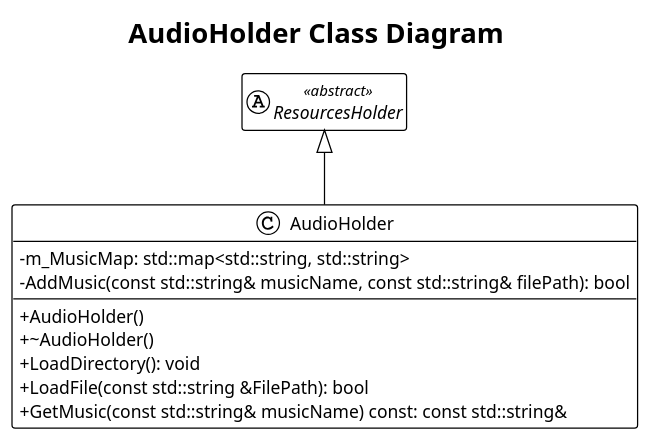
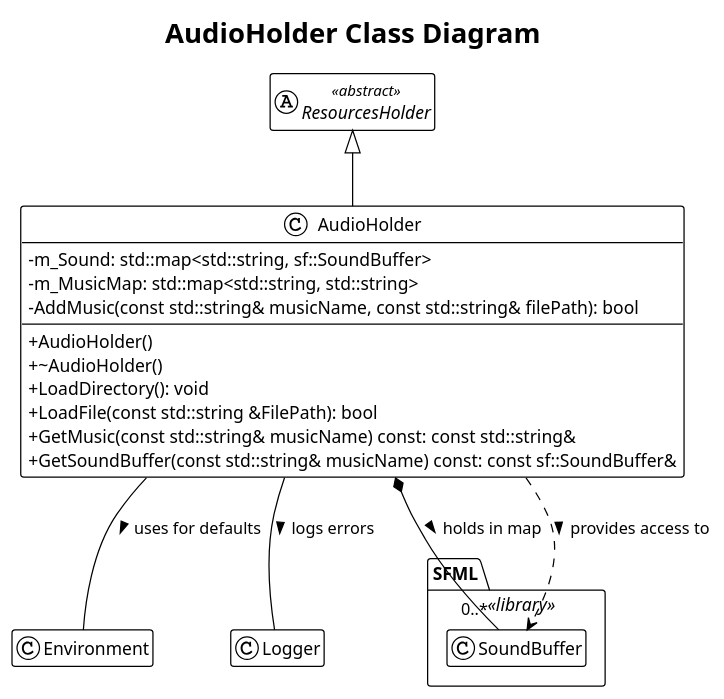
The diagram in uml/Resources/AudioHolder.puml (NgTHung/ClashOfNotelek_s), drawn with PlantUML before and after one commit. The commit also changed 11 other files, not shown here.

```diff
--- a/uml/Resources/AudioHolder.puml
+++ b/uml/Resources/AudioHolder.puml
@@ -1,28 +1,42 @@
 @startuml
 !theme plain
 title AudioHolder Class Diagram
 
 ' Settings
 skinparam classAttributeIconSize 0
 hide empty members
 
+' --- SFML Library ---
+package SFML <<library>> {
+}
+
 ' --- Application Classes ---
 abstract class ResourcesHolder <<abstract>>
-
 class AudioHolder {
+    - m_Sound: std::map<std::string, sf::SoundBuffer>
     - m_MusicMap: std::map<std::string, std::string>
     - AddMusic(const std::string& musicName, const std::string& filePath): bool
     --
     + AudioHolder()
     + ~AudioHolder()
     + LoadDirectory(): void
     + LoadFile(const std::string &FilePath): bool
     + GetMusic(const std::string& musicName) const: const std::string&
+    + GetSoundBuffer(const std::string& musicName) const: const sf::SoundBuffer&
 }
 
 ' --- RELATIONSHIPS ---
 
 ' ==> Inheritance
 ResourcesHolder <|-- AudioHolder
 
+' ==> Composition
+AudioHolder *-- "0..*" SFML.SoundBuffer : holds in map >
+
+' ==> Dependency
+AudioHolder ..> SFML.SoundBuffer : provides access to >
+
+AudioHolder -- Environment : uses for defaults >
+AudioHolder -- Logger : logs errors >
+
 @enduml
```
